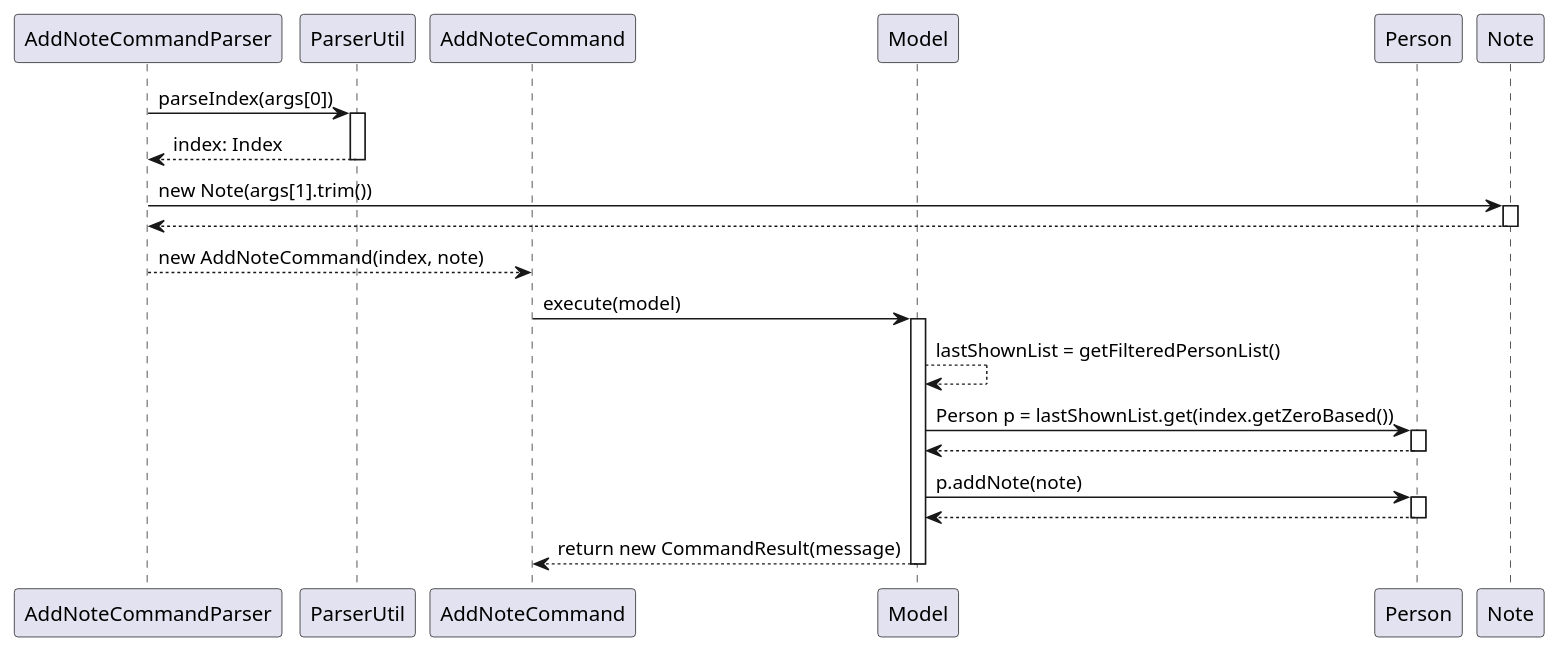
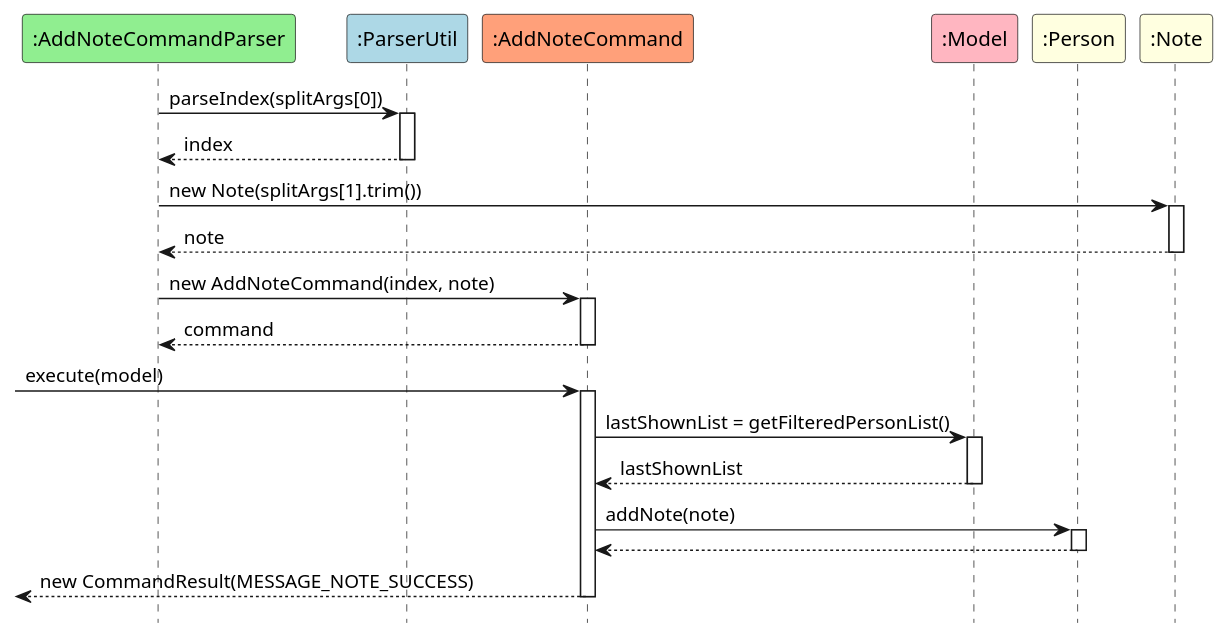
Before and after one commit to nus-cs2103-AY2324S1/tp: the diagram in docs/diagrams/notes/NotesCommandSequenceDiagram.puml, drawn with PlantUML.

Commit message:
Change sequence diagram for notes

```diff
--- a/docs/diagrams/notes/NotesCommandSequenceDiagram.puml
+++ b/docs/diagrams/notes/NotesCommandSequenceDiagram.puml
@@ -1,40 +1,42 @@
 @startuml
+hide footbox
 
-participant "AddNoteCommandParser" as Parser
-participant "ParserUtil" as Util
-participant "AddNoteCommand" as Command
-participant "Model" as Model
-participant "Person" as Person
-participant "Note" as Note
+participant ":AddNoteCommandParser" as Parser #lightgreen
+participant ":ParserUtil" as Util #lightblue
+participant ":AddNoteCommand" as Command #lightsalmon
+participant ":Model" as Model #lightpink
+participant ":Person" as Person #lightyellow
+participant ":Note" as Note #lightyellow
 
-Parser -> Util : parseIndex(args[0])
+Parser -> Util : parseIndex(splitArgs[0])
 activate Util
-Util --> Parser : index: Index
+Util --> Parser : index
 deactivate Util
 
-Parser -> Note : new Note(args[1].trim())
+Parser -> Note : new Note(splitArgs[1].trim())
 activate Note
-Note --> Parser
+Note --> Parser : note
 deactivate Note
 
-Parser --> Command : new AddNoteCommand(index, note)
+Parser -> Command : new AddNoteCommand(index, note)
+activate Command
+Command --> Parser : command
+deactivate Command
 
-Command -> Model : execute(model)
+-> Command : execute(model)
+
+activate Command
+Command -> Model : lastShownList = getFilteredPersonList()
 activate Model
+Model --> Command : lastShownList
+deactivate Model
 
-Model --> Model : lastShownList = getFilteredPersonList()
-
-Model -> Person : Person p = lastShownList.get(index.getZeroBased())
+Command -> Person : addNote(note)
 activate Person
-Person --> Model
+Person --> Command
 deactivate Person
 
-Model -> Person : p.addNote(note)
-activate Person
-Person --> Model
-deactivate Person
-
-Model --> Command : return new CommandResult(message)
-deactivate Model
+<-- Command : new CommandResult(MESSAGE_NOTE_SUCCESS)
+deactivate Command
 
 @enduml
```
